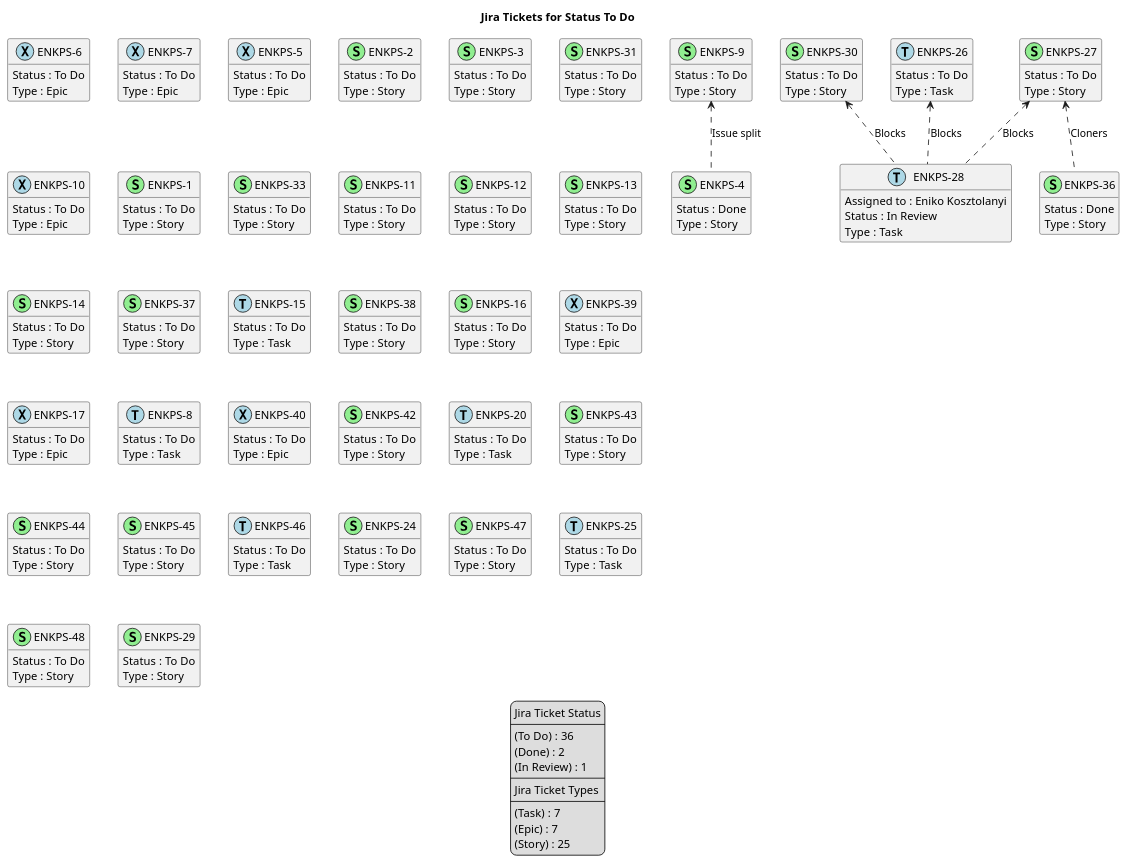
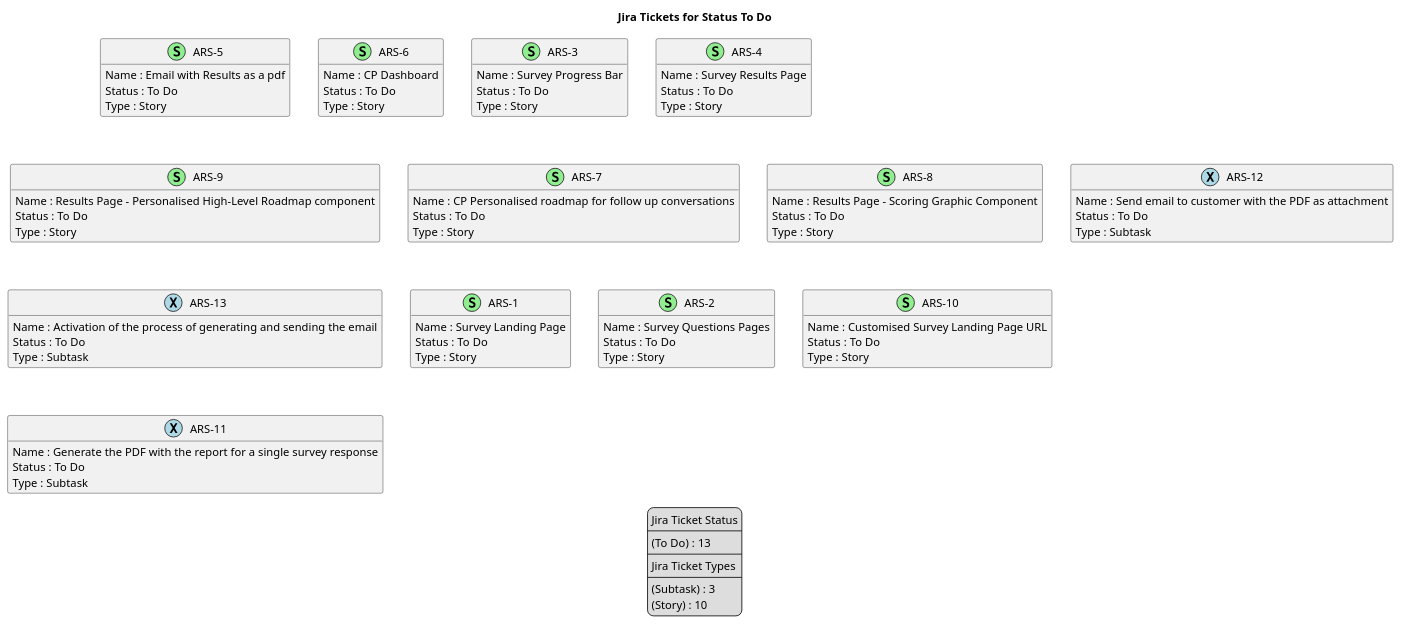
Before and after one commit to brunasti/jiraplotter: the diagram in docs/nexus/jira-Status-To_Do.puml, drawn with PlantUML. The commit also changed 17 other files, not shown here.

Commit message:
Add Summary to ticket in diagram

```diff
--- a/docs/nexus/jira-Status-To_Do.puml
+++ b/docs/nexus/jira-Status-To_Do.puml
@@ -2,7 +2,7 @@
 'https://plantuml.com/class-diagram
 
 ' GENERATE CLASS DIAGRAM ===========
-' Generated at    : Tue Apr 23 13:03:14 CEST 2024
+' Generated at    : Fri May 03 10:06:54 CEST 2024
 
 title Jira Tickets for Status To Do
 hide empty members
@@ -10,223 +10,97 @@
 legend
 Jira Ticket Status
 ----
-(To Do) : 36
-(Done) : 2
-(In Review) : 1
+(To Do) : 13
 ----
 Jira Ticket Types
 ----
-(Task) : 7
-(Epic) : 7
-(Story) : 25
+(Subtask) : 3
+(Story) : 10
 end legend
 
 
 ' Tickets =======
-class "ENKPS-6" << (X,lightblue) >> {
-  Status : To Do
-  Type : Epic
-}
-
-class "ENKPS-7" << (X,lightblue) >> {
-  Status : To Do
-  Type : Epic
-}
-
-class "ENKPS-4" << (S,lightgreen) >> {
-  Status : Done
-  Type : Story
-}
-
-class "ENKPS-5" << (X,lightblue) >> {
-  Status : To Do
-  Type : Epic
-}
-
-class "ENKPS-2" << (S,lightgreen) >> {
+class "ARS-5" << (S,lightgreen) >> {
+  Name : Email with Results as a pdf
   Status : To Do
   Type : Story
 }
 
-class "ENKPS-30" << (S,lightgreen) >> {
+class "ARS-6" << (S,lightgreen) >> {
+  Name : CP Dashboard
   Status : To Do
   Type : Story
 }
 
-class "ENKPS-3" << (S,lightgreen) >> {
+class "ARS-3" << (S,lightgreen) >> {
+  Name : Survey Progress Bar
   Status : To Do
   Type : Story
 }
 
-class "ENKPS-31" << (S,lightgreen) >> {
+class "ARS-4" << (S,lightgreen) >> {
+  Name : Survey Results Page
   Status : To Do
   Type : Story
 }
 
-class "ENKPS-10" << (X,lightblue) >> {
-  Status : To Do
-  Type : Epic
-}
-
-class "ENKPS-1" << (S,lightgreen) >> {
+class "ARS-9" << (S,lightgreen) >> {
+  Name : Results Page - Personalised High-Level Roadmap component
   Status : To Do
   Type : Story
 }
 
-class "ENKPS-33" << (S,lightgreen) >> {
+class "ARS-7" << (S,lightgreen) >> {
+  Name : CP Personalised roadmap for follow up conversations
   Status : To Do
   Type : Story
 }
 
-class "ENKPS-11" << (S,lightgreen) >> {
+class "ARS-8" << (S,lightgreen) >> {
+  Name : Results Page - Scoring Graphic Component
   Status : To Do
   Type : Story
 }
 
-class "ENKPS-12" << (S,lightgreen) >> {
+class "ARS-12" << (X,lightblue) >> {
+  Name : Send email to customer with the PDF as attachment
+  Status : To Do
+  Type : Subtask
+}
+
+class "ARS-13" << (X,lightblue) >> {
+  Name : Activation of the process of generating and sending the email
+  Status : To Do
+  Type : Subtask
+}
+
+class "ARS-1" << (S,lightgreen) >> {
+  Name : Survey Landing Page
   Status : To Do
   Type : Story
 }
 
-class "ENKPS-13" << (S,lightgreen) >> {
+class "ARS-2" << (S,lightgreen) >> {
+  Name : Survey Questions Pages
   Status : To Do
   Type : Story
 }
 
-class "ENKPS-14" << (S,lightgreen) >> {
+class "ARS-10" << (S,lightgreen) >> {
+  Name : Customised Survey Landing Page URL
   Status : To Do
   Type : Story
 }
 
-class "ENKPS-36" << (S,lightgreen) >> {
-  Status : Done
-  Type : Story
-}
-
-class "ENKPS-37" << (S,lightgreen) >> {
+class "ARS-11" << (X,lightblue) >> {
+  Name : Generate the PDF with the report for a single survey response
   Status : To Do
-  Type : Story
-}
-
-class "ENKPS-15" << (T,lightblue) >> {
-  Status : To Do
-  Type : Task
-}
-
-class "ENKPS-38" << (S,lightgreen) >> {
-  Status : To Do
-  Type : Story
-}
-
-class "ENKPS-16" << (S,lightgreen) >> {
-  Status : To Do
-  Type : Story
-}
-
-class "ENKPS-39" << (X,lightblue) >> {
-  Status : To Do
-  Type : Epic
-}
-
-class "ENKPS-17" << (X,lightblue) >> {
-  Status : To Do
-  Type : Epic
-}
-
-class "ENKPS-8" << (T,lightblue) >> {
-  Status : To Do
-  Type : Task
-}
-
-class "ENKPS-9" << (S,lightgreen) >> {
-  Status : To Do
-  Type : Story
-}
-
-class "ENKPS-40" << (X,lightblue) >> {
-  Status : To Do
-  Type : Epic
-}
-
-class "ENKPS-42" << (S,lightgreen) >> {
-  Status : To Do
-  Type : Story
-}
-
-class "ENKPS-20" << (T,lightblue) >> {
-  Status : To Do
-  Type : Task
-}
-
-class "ENKPS-43" << (S,lightgreen) >> {
-  Status : To Do
-  Type : Story
-}
-
-class "ENKPS-44" << (S,lightgreen) >> {
-  Status : To Do
-  Type : Story
-}
-
-class "ENKPS-45" << (S,lightgreen) >> {
-  Status : To Do
-  Type : Story
-}
-
-class "ENKPS-46" << (T,lightblue) >> {
-  Status : To Do
-  Type : Task
-}
-
-class "ENKPS-24" << (S,lightgreen) >> {
-  Status : To Do
-  Type : Story
-}
-
-class "ENKPS-47" << (S,lightgreen) >> {
-  Status : To Do
-  Type : Story
-}
-
-class "ENKPS-25" << (T,lightblue) >> {
-  Status : To Do
-  Type : Task
-}
-
-class "ENKPS-48" << (S,lightgreen) >> {
-  Status : To Do
-  Type : Story
-}
-
-class "ENKPS-26" << (T,lightblue) >> {
-  Status : To Do
-  Type : Task
-}
-
-class "ENKPS-27" << (S,lightgreen) >> {
-  Status : To Do
-  Type : Story
-}
-
-class "ENKPS-28" << (T,lightblue) >> {
-  Assigned to : Eniko Kosztolanyi
-  Status : In Review
-  Type : Task
-}
-
-class "ENKPS-29" << (S,lightgreen) >> {
-  Status : To Do
-  Type : Story
+  Type : Subtask
 }
 
 
 
 ' Links =======
-"ENKPS-30" <.. "ENKPS-28" : Blocks
-"ENKPS-9" <.. "ENKPS-4" : Issue split
-"ENKPS-26" <.. "ENKPS-28" : Blocks
-"ENKPS-27" <.. "ENKPS-28" : Blocks
-"ENKPS-27" <.. "ENKPS-36" : Cloners
 
 
 @enduml
```
